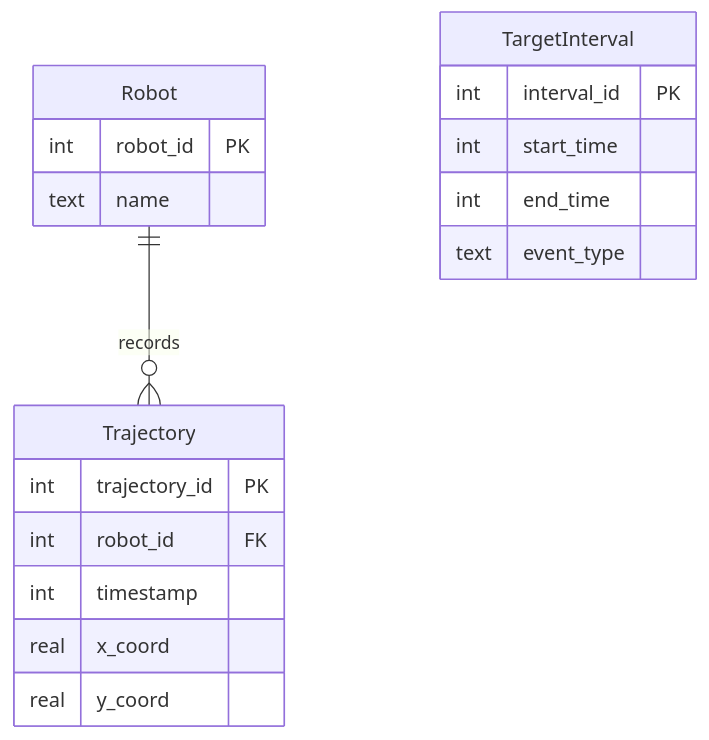
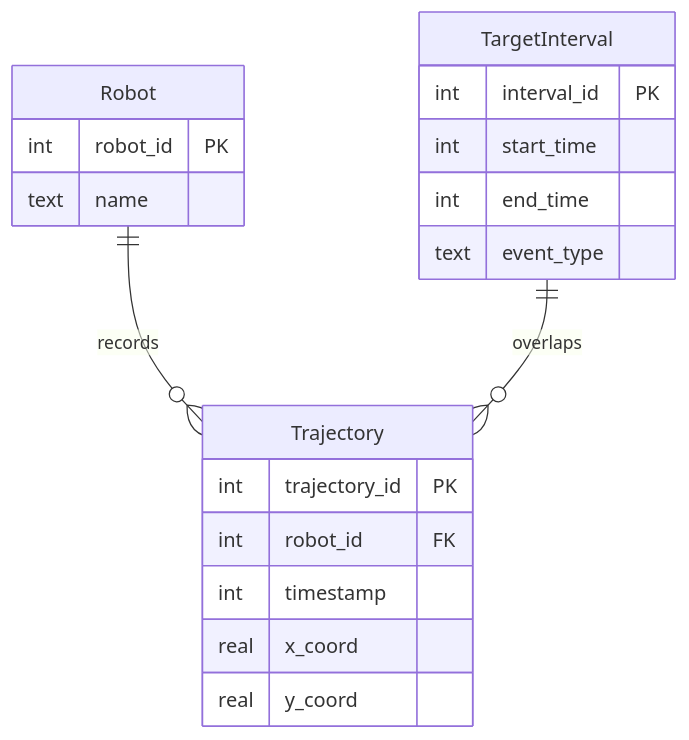
One commit to johnjohn2410/Swarm-Robot-Trajectory-Database changed the diagram in README.md. Above: the diagram before and after it, drawn with Mermaid. The commit also changed other lines of this file, not shown here.

````diff
--- a/README.md
+++ b/README.md
@@ -32,21 +32,25 @@
 ```mermaid
 erDiagram
     Robot ||--o{ Trajectory : records
-    TargetInterval {
-        int interval_id PK
-        int start_time
-        int end_time
-        text event_type
-    }
+    TargetInterval ||--o{ Trajectory : overlaps
+
     Robot {
         int robot_id PK
         text name
     }
+
     Trajectory {
         int trajectory_id PK
         int robot_id FK
         int timestamp
         real x_coord
         real y_coord
     }
+
+    TargetInterval {
+        int interval_id PK
+        int start_time
+        int end_time
+        text event_type
+    }
 ```
````
